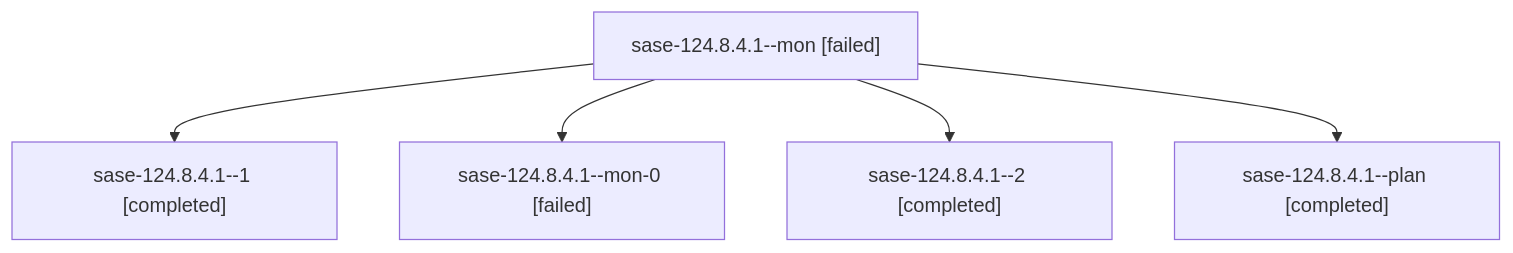
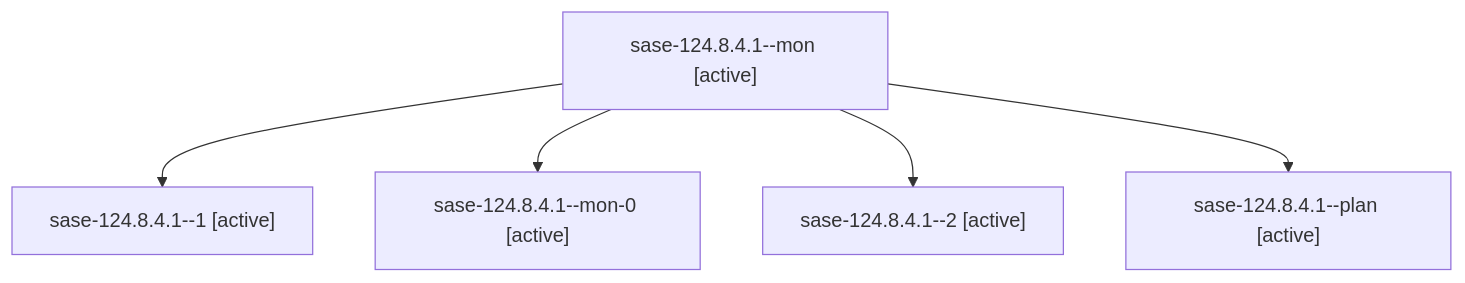
One commit to sase-org/sase--agents changed the diagram in families/bbugyi200.athena.sase-124.8.4.1.md. Above: the diagram before and after it, drawn with Mermaid. The commit also changed other lines of this file and 35830 other files, not shown here.

````diff
--- a/families/bbugyi200.athena.sase-124.8.4.1.md
+++ b/families/bbugyi200.athena.sase-124.8.4.1.md
@@ -9,12 +9,12 @@
 ```mermaid
 flowchart TD
-  n0["sase-124.8.4.1--mon [failed]"]
-  n1["sase-124.8.4.1--1 [completed]"]
+  n0["sase-124.8.4.1--mon [active]"]
+  n1["sase-124.8.4.1--1 [active]"]
   n0 --> n1
-  n2["sase-124.8.4.1--mon-0 [failed]"]
+  n2["sase-124.8.4.1--mon-0 [active]"]
   n0 --> n2
-  n3["sase-124.8.4.1--2 [completed]"]
+  n3["sase-124.8.4.1--2 [active]"]
   n0 --> n3
-  n4["sase-124.8.4.1--plan [completed]"]
+  n4["sase-124.8.4.1--plan [active]"]
   n0 --> n4
 ```
````
